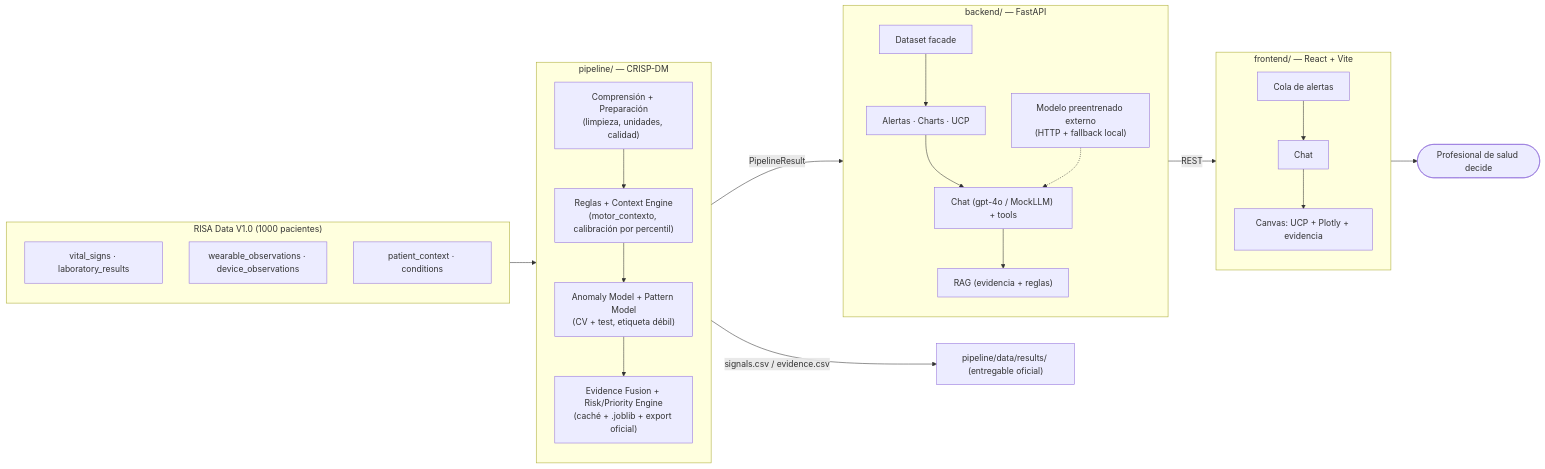
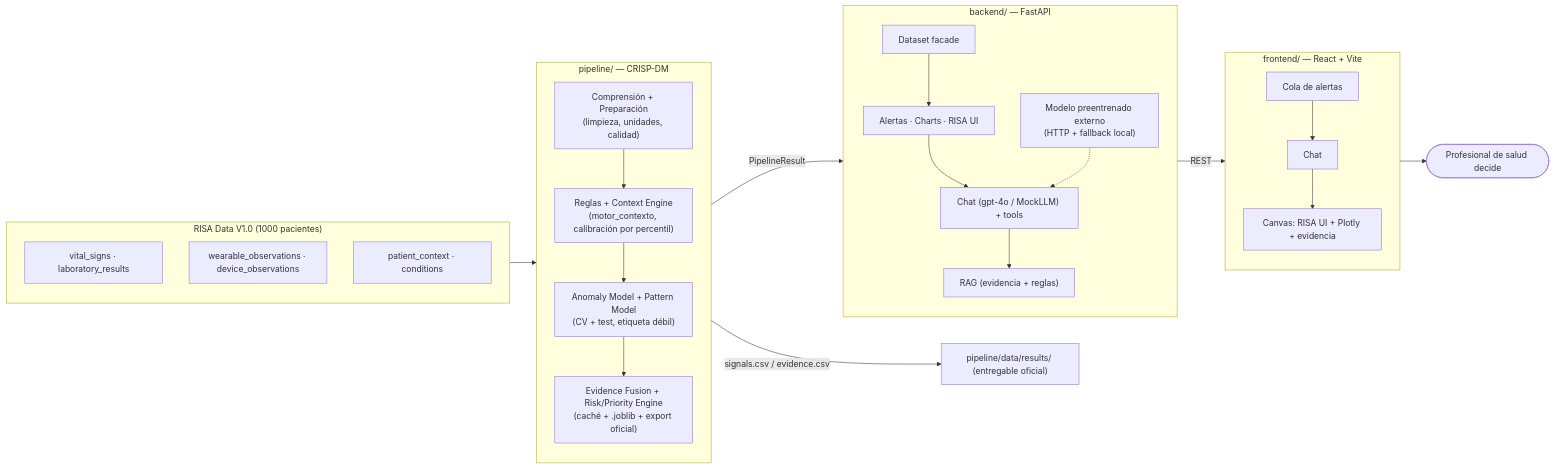
One commit to JEFRY200307/Hackathon-Internacional-IA changed the diagram in README.md. Above: the diagram before and after it, drawn with Mermaid. The commit also changed other lines of this file and 32 other files, not shown here.

````diff
--- a/README.md
+++ b/README.md
@@ -57,35 +57,35 @@
 ```mermaid
 flowchart LR
     subgraph DATA["RISA Data V1.0 (1000 pacientes)"]
         D1["vital_signs · laboratory_results"]
         D2["wearable_observations · device_observations"]
         D3["patient_context · conditions"]
     end
 
     subgraph PIPE["pipeline/ — CRISP-DM"]
         direction TB
         P1["Comprensión + Preparación\n(limpieza, unidades, calidad)"] --> P2["Reglas + Context Engine\n(motor_contexto, calibración por percentil)"]
         P2 --> P3["Anomaly Model + Pattern Model\n(CV + test, etiqueta débil)"]
         P3 --> P4["Evidence Fusion + Risk/Priority Engine\n(caché + .joblib + export oficial)"]
     end
 
     subgraph API["backend/ — FastAPI"]
         direction TB
-        B1["Dataset facade"] --> B2["Alertas · Charts · UCP"]
+        B1["Dataset facade"] --> B2["Alertas · Charts · RISA UI"]
         B2 --> B3["Chat (gpt-4o / MockLLM) + tools"]
         B3 --> B4["RAG (evidencia + reglas)"]
         M["Modelo preentrenado externo\n(HTTP + fallback local)"] -.-> B3
     end
 
     subgraph UI["frontend/ — React + Vite"]
         direction TB
         U1["Cola de alertas"] --> U2["Chat"]
-        U2 --> U3["Canvas: UCP + Plotly + evidencia"]
+        U2 --> U3["Canvas: RISA UI + Plotly + evidencia"]
     end
 
     DATA --> PIPE
     P4 -->|"PipelineResult"| B1
     P4 -->|"signals.csv / evidence.csv"| RESULTS["pipeline/data/results/ (entregable oficial)"]
     API -->|"REST"| UI
     UI --> PRO(["Profesional de salud decide"])
 ```
````
